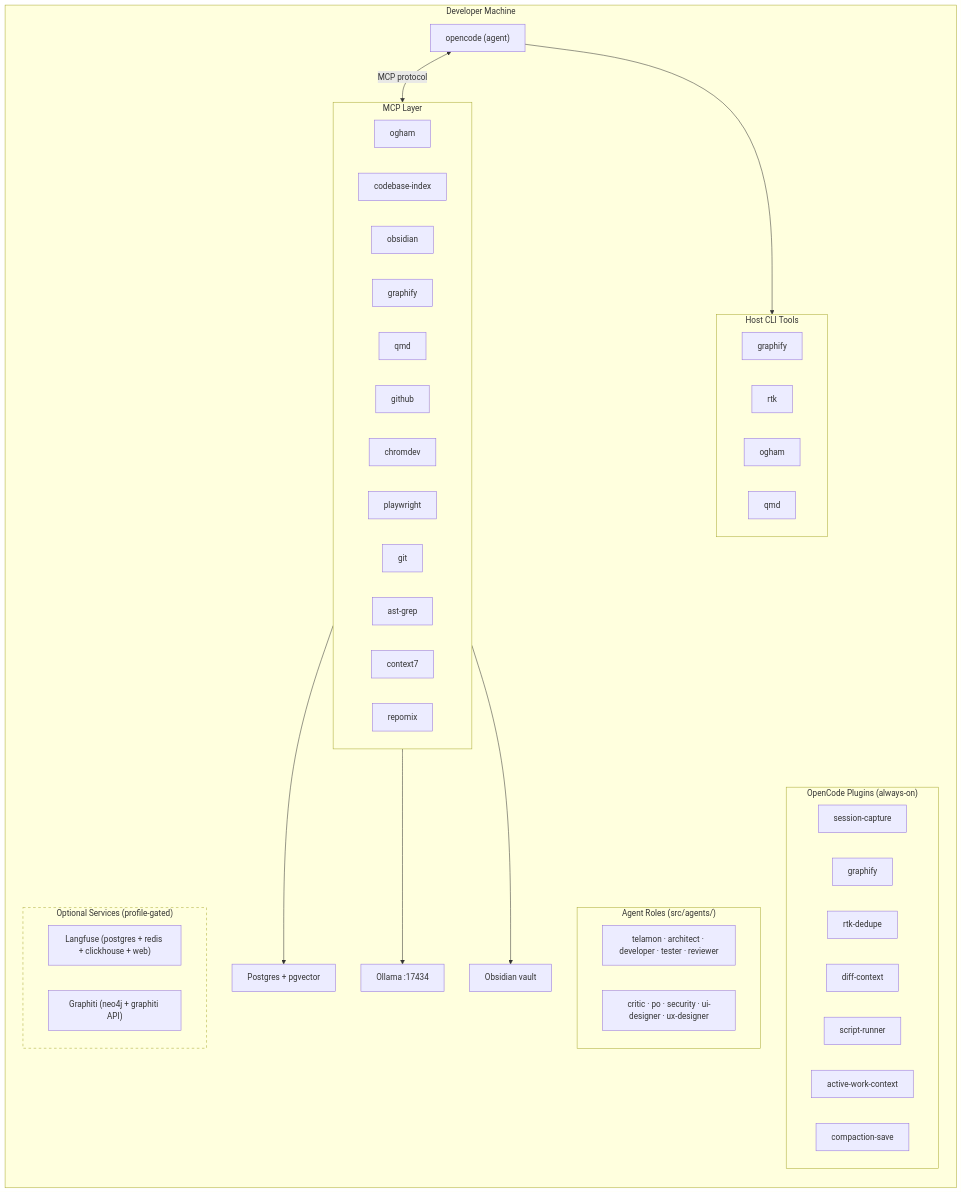
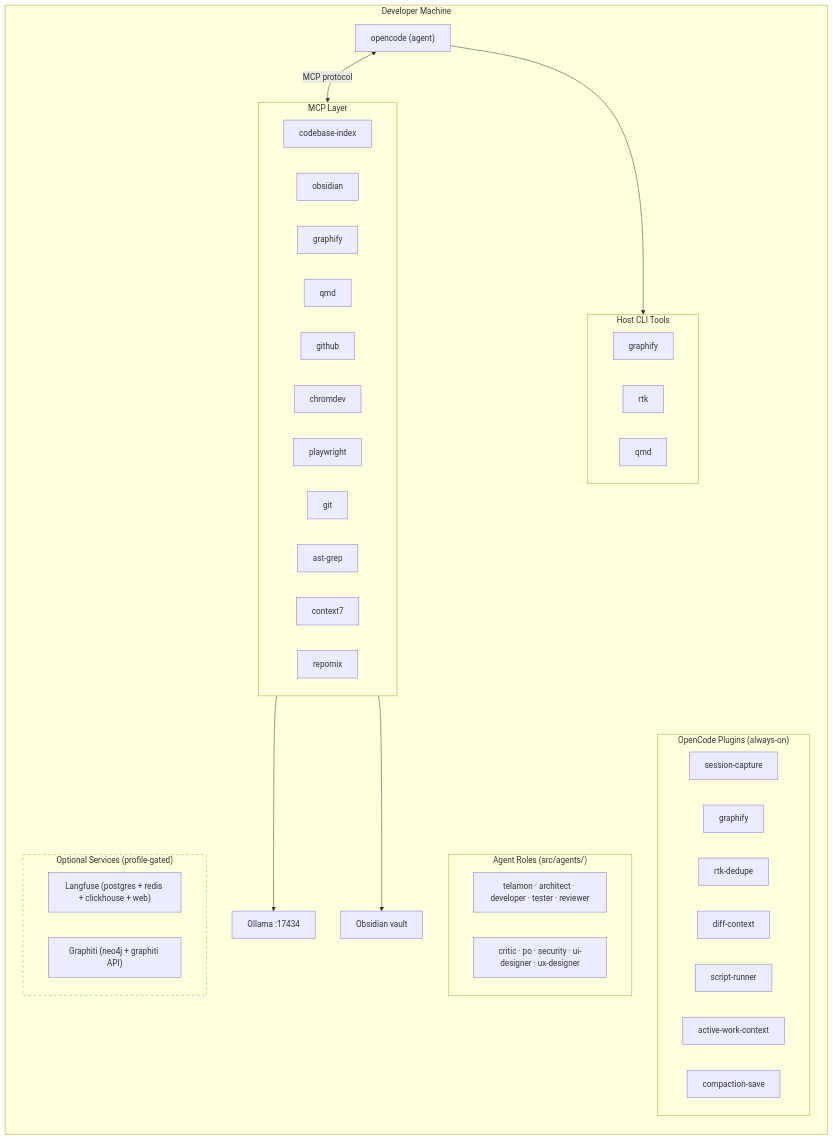
One commit to hgraca/telamon changed the diagram in docs/architecture.md. Above: the diagram before and after it, drawn with Mermaid. The commit also changed other lines of this file and 41 other files, not shown here.

First line of the commit message:
refactor: remove Ogham and core Postgres — all references, files, scripts, and docs

````diff
--- a/docs/architecture.md
+++ b/docs/architecture.md
@@ -14,58 +14,55 @@
 ```mermaid
 flowchart TB
     subgraph dev["Developer Machine"]
         direction TB
 
         oc["opencode (agent)"] <-->|"MCP protocol"| mcp
 
         subgraph mcp["MCP Layer"]
-            ogham_m["ogham"]
             cbi["codebase-index"]
             obs_m["obsidian"]
             gf_m["graphify"]
             qmd_m["qmd"]
             gh_m["github"]
             cd_m["chromdev"]
             pw_m["playwright"]
             git_m["git"]
             ag_m["ast-grep"]
             c7_m["context7"]
             rm_m["repomix"]
         end
 
-        mcp --> pg["Postgres + pgvector"]
         mcp --> ol["Ollama :17434"]
         mcp --> vault["Obsidian vault"]
 
         oc --> cli
 
         subgraph cli["Host CLI Tools"]
             cli_g["graphify"]
             cli_r["rtk"]
-            cli_o["ogham"]
             cli_q["qmd"]
         end
 
         subgraph plugins["OpenCode Plugins (always-on)"]
             p_sc["session-capture"]
             p_gf["graphify"]
             p_rd["rtk-dedupe"]
             p_dc["diff-context"]
             p_sr["script-runner"]
             p_aw["active-work-context"]
             p_cs["compaction-save"]
         end
 
         subgraph agents["Agent Roles (src/agents/)"]
             a1["telamon · architect · developer · tester · reviewer"]
             a2["critic · po · security · ui-designer · ux-designer"]
         end
 
         subgraph optional["Optional Services (profile-gated)"]
             o_lf["Langfuse (postgres + redis + clickhouse + web)"]
             o_gr["Graphiti (neo4j + graphiti API)"]
         end
     end
 
     style optional stroke-dasharray: 5 5
 ```
````
